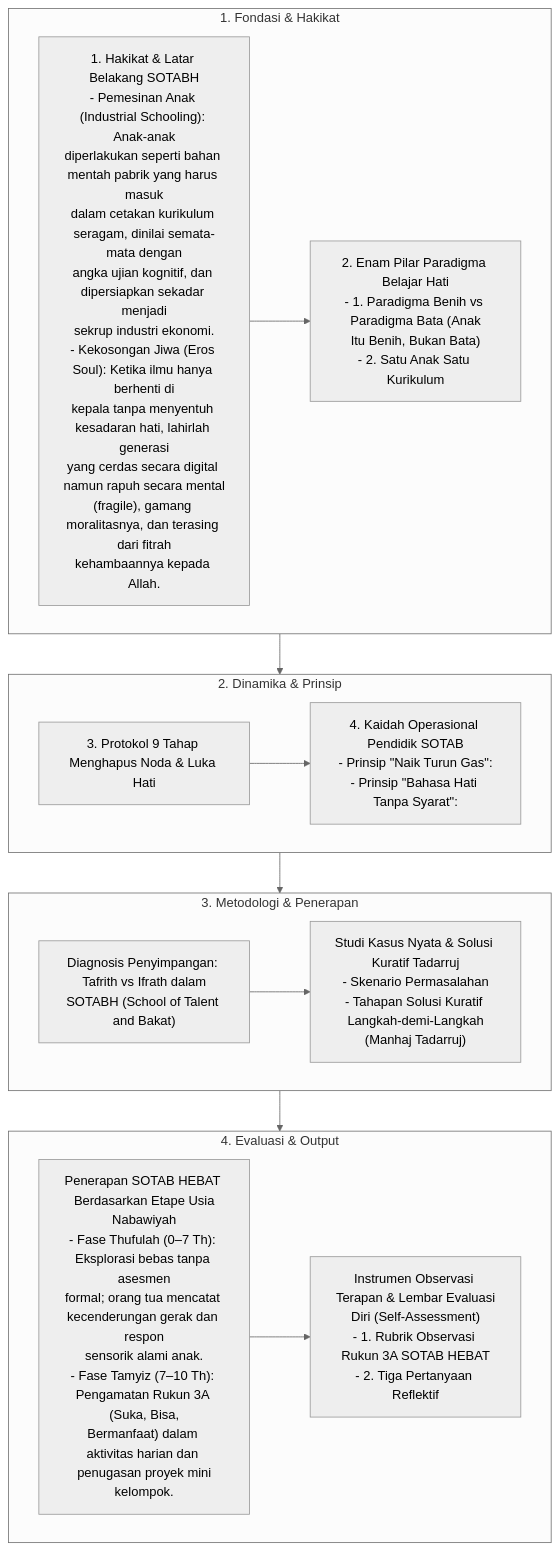
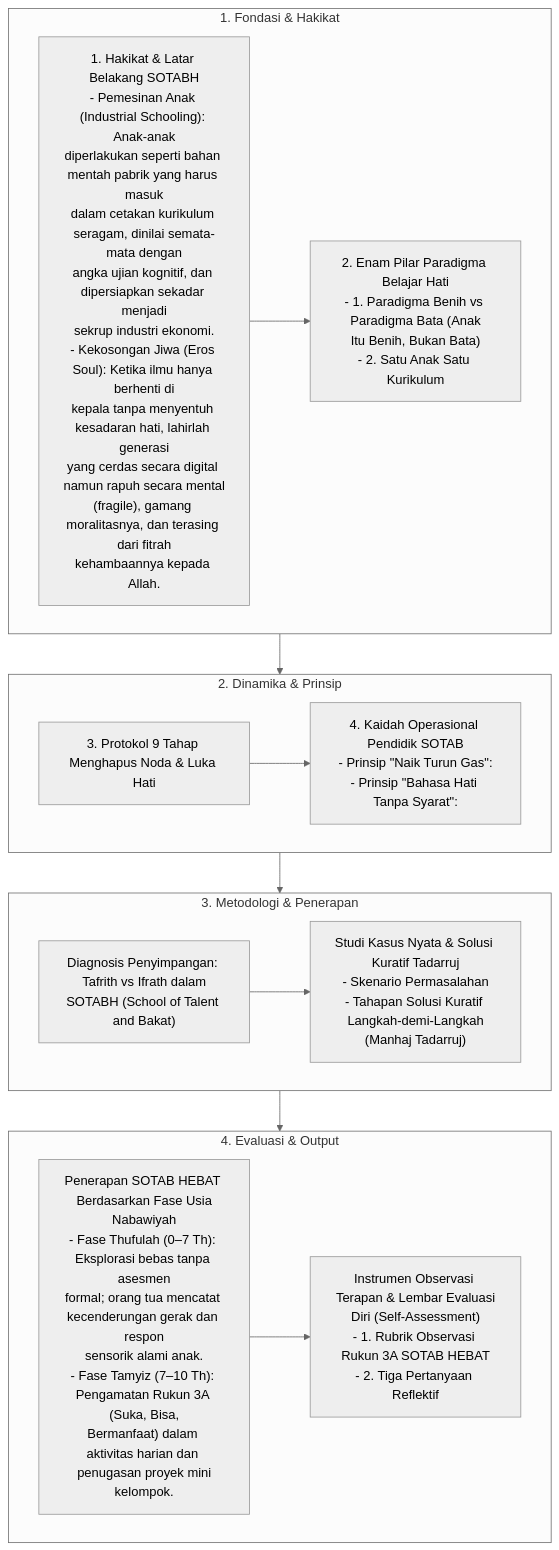
Before and after one commit to decaller/wiki-pkn: the diagram in content_flow/Dokumen Pendidikan Karakter Nabawiyah/Insight & Teknis/Insight/SOTABH.md, drawn with Mermaid (neutral theme). The commit also changed 410 other files, not shown here.

Commit message:
feat: create master Glosarium and purify terminology across repo (etape -> fase, archetype -> uswah)

````diff
--- a/content_flow/Dokumen Pendidikan Karakter Nabawiyah/Insight & Teknis/Insight/SOTABH.md
+++ b/content_flow/Dokumen Pendidikan Karakter Nabawiyah/Insight & Teknis/Insight/SOTABH.md
@@ -10,30 +10,30 @@
 ```mermaid
 flowchart TD
     subgraph S1["1. Fondasi & Hakikat"]
         N1_1["1. Hakikat & Latar Belakang SOTABH<br/>- Pemesinan Anak (Industrial Schooling): Anak-anak<br/>diperlakukan seperti bahan mentah pabrik yang harus masuk<br/>dalam cetakan kurikulum seragam, dinilai semata-mata dengan<br/>angka ujian kognitif, dan dipersiapkan sekadar menjadi<br/>sekrup industri ekonomi.<br/>- Kekosongan Jiwa (Eros Soul): Ketika ilmu hanya berhenti di<br/>kepala tanpa menyentuh kesadaran hati, lahirlah generasi<br/>yang cerdas secara digital namun rapuh secara mental<br/>(fragile), gamang moralitasnya, dan terasing dari fitrah<br/>kehambaannya kepada Allah."]
         N1_2["2. Enam Pilar Paradigma Belajar Hati<br/>- 1. Paradigma Benih vs Paradigma Bata (Anak<br/>Itu Benih, Bukan Bata)<br/>- 2. Satu Anak Satu Kurikulum"]
         N1_1 --> N1_2
     end
 
     subgraph S2["2. Dinamika & Prinsip"]
         N2_1["3. Protokol 9 Tahap Menghapus Noda & Luka Hati"]
         N2_2["4. Kaidah Operasional Pendidik SOTAB<br/>- Prinsip &quot;Naik Turun Gas&quot;:<br/>- Prinsip &quot;Bahasa Hati Tanpa Syarat&quot;:"]
         N2_1 --> N2_2
     end
 
     subgraph S3["3. Metodologi & Penerapan"]
         N3_1["Diagnosis Penyimpangan: Tafrith vs Ifrath dalam<br/>SOTABH (School of Talent and Bakat)"]
         N3_2["Studi Kasus Nyata & Solusi Kuratif Tadarruj<br/>- Skenario Permasalahan<br/>- Tahapan Solusi Kuratif Langkah-demi-Langkah<br/>(Manhaj Tadarruj)"]
         N3_1 --> N3_2
     end
 
     subgraph S4["4. Evaluasi & Output"]
-        N4_1["Penerapan SOTAB HEBAT Berdasarkan Etape Usia<br/>Nabawiyah<br/>- Fase Thufulah (0–7 Th): Eksplorasi bebas tanpa asesmen<br/>formal; orang tua mencatat kecenderungan gerak dan respon<br/>sensorik alami anak.<br/>- Fase Tamyiz (7–10 Th): Pengamatan Rukun 3A (Suka, Bisa,<br/>Bermanfaat) dalam aktivitas harian dan penugasan proyek mini<br/>kelompok."]
+        N4_1["Penerapan SOTAB HEBAT Berdasarkan Fase Usia<br/>Nabawiyah<br/>- Fase Thufulah (0–7 Th): Eksplorasi bebas tanpa asesmen<br/>formal; orang tua mencatat kecenderungan gerak dan respon<br/>sensorik alami anak.<br/>- Fase Tamyiz (7–10 Th): Pengamatan Rukun 3A (Suka, Bisa,<br/>Bermanfaat) dalam aktivitas harian dan penugasan proyek mini<br/>kelompok."]
         N4_2["Instrumen Observasi Terapan & Lembar Evaluasi<br/>Diri (Self-Assessment)<br/>- 1. Rubrik Observasi Rukun 3A SOTAB HEBAT<br/>- 2. Tiga Pertanyaan Reflektif"]
         N4_1 --> N4_2
     end
 
     S1 --> S2
     S2 --> S3
     S3 --> S4
 ```
````
